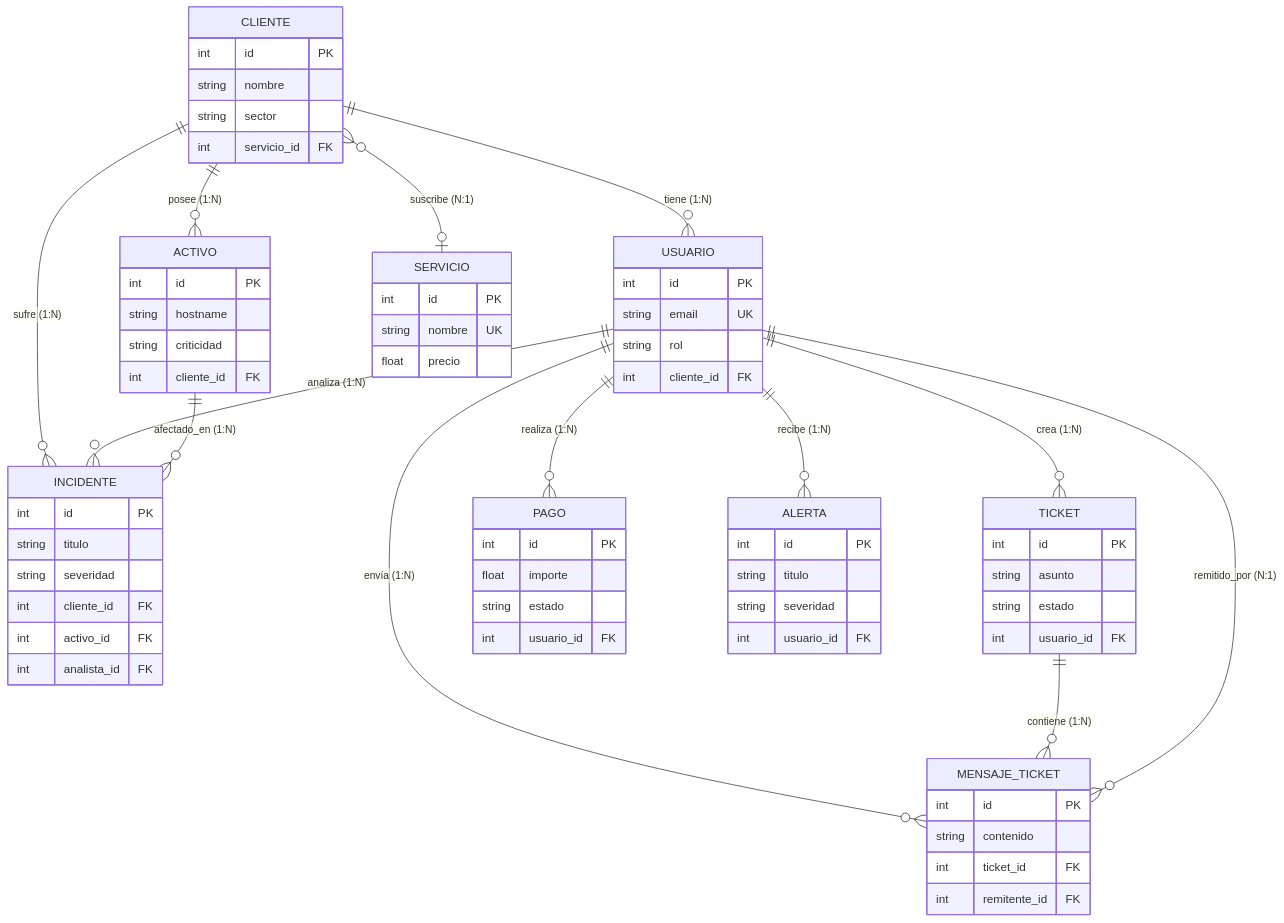
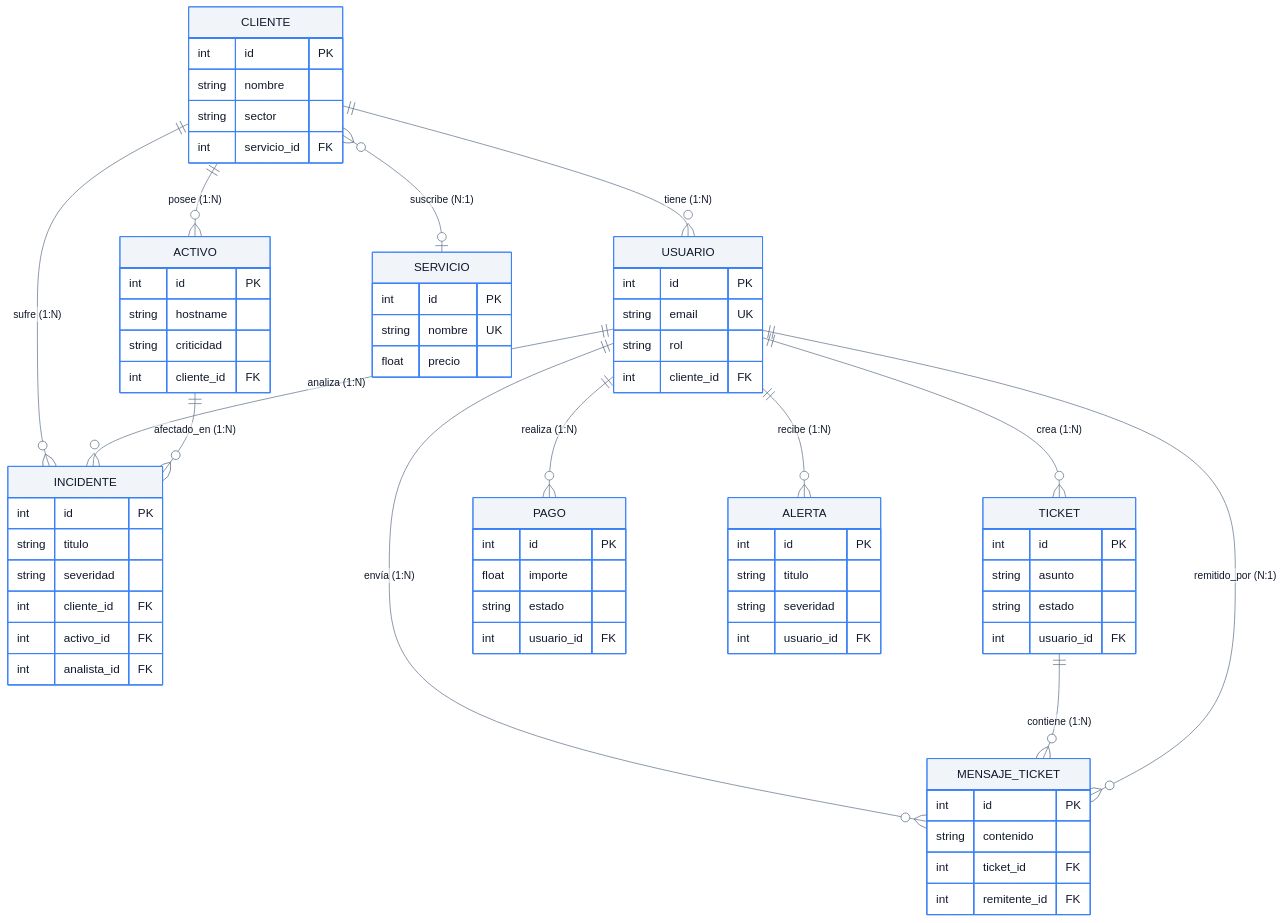
Before and after one commit to ewsophie333-lgtm/sofia-solutions: the diagram in README.md, drawn with Mermaid. The commit also changed 1 other file, not shown here.

Commit message:
style: aplicar tema base claro y elegante de color azul y gris al diagrama E/R de Mermaid

````diff
--- a/README.md
+++ b/README.md
@@ -84,74 +84,75 @@
 ```mermaid
+%%{init: {'theme': 'base', 'themeVariables': { 'primaryColor': '#f1f5f9', 'primaryTextColor': '#0f172a', 'primaryBorderColor': '#3b82f6', 'lineColor': '#64748b', 'secondaryColor': '#ffffff', 'tertiaryColor': '#ffffff', 'fontFamily': 'Inter, sans-serif'}}}%%
 erDiagram
     CLIENTE ||--o{ USUARIO : "tiene (1:N)"
     CLIENTE ||--o{ ACTIVO : "posee (1:N)"
     CLIENTE ||--o{ INCIDENTE : "sufre (1:N)"
     CLIENTE }o--o| SERVICIO : "suscribe (N:1)"
     
     USUARIO ||--o{ TICKET : "crea (1:N)"
     USUARIO ||--o{ MENSAJE_TICKET : "envía (1:N)"
     USUARIO ||--o{ PAGO : "realiza (1:N)"
     USUARIO ||--o{ INCIDENTE : "analiza (1:N)"
     USUARIO ||--o{ ALERTA : "recibe (1:N)"
     
     TICKET ||--o{ MENSAJE_TICKET : "contiene (1:N)"
     MENSAJE_TICKET }o--|| USUARIO : "remitido_por (N:1)"
     
     ACTIVO ||--o{ INCIDENTE : "afectado_en (1:N)"
     
     CLIENTE {
         int id PK
         string nombre
         string sector
         int servicio_id FK
     }
     USUARIO {
         int id PK
         string email UK
         string rol
         int cliente_id FK
     }
     SERVICIO {
         int id PK
         string nombre UK
         float precio
     }
     ACTIVO {
         int id PK
         string hostname
         string criticidad
         int cliente_id FK
     }
     INCIDENTE {
         int id PK
         string titulo
         string severidad
         int cliente_id FK
         int activo_id FK
         int analista_id FK
     }
     ALERTA {
         int id PK
         string titulo
         string severidad
         int usuario_id FK
     }
     PAGO {
         int id PK
         float importe
         string estado
         int usuario_id FK
     }
     TICKET {
         int id PK
         string asunto
         string estado
         int usuario_id FK
     }
     MENSAJE_TICKET {
         int id PK
         string contenido
         int ticket_id FK
         int remitente_id FK
     }
 ```
````
